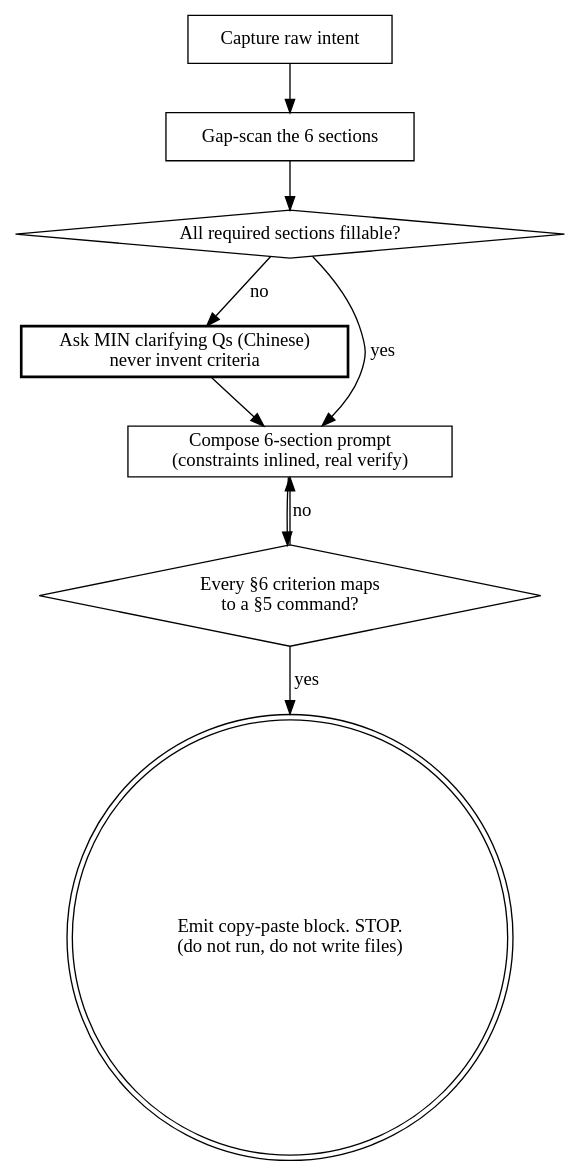
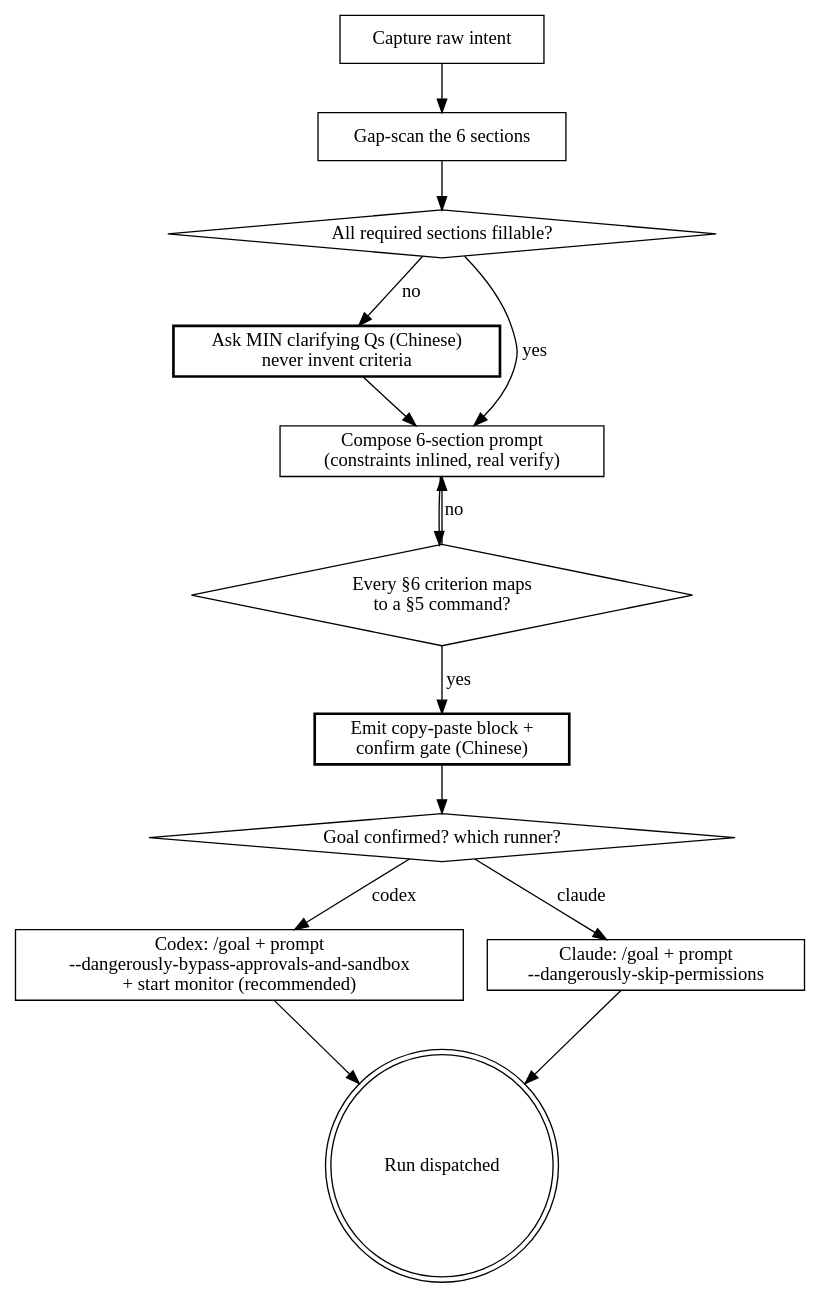
Before and after one commit to waynejing995/wayne-taste: the diagram in wayne-goal-prompt/SKILL.md, drawn with Graphviz. The commit also changed other lines of this file, not shown here.

First line of the commit message:
feat:/wayne-goal-prompt - add confirm gate + runner dispatch (Codex recommended)

````diff
--- a/wayne-goal-prompt/SKILL.md
+++ b/wayne-goal-prompt/SKILL.md
@@ -87,22 +89,31 @@
 ```dot
 digraph goalprompt {
     rankdir=TB;
 
     "Capture raw intent" [shape=box];
     "Gap-scan the 6 sections" [shape=box];
     "All required sections fillable?" [shape=diamond];
     "Ask MIN clarifying Qs (Chinese)\nnever invent criteria" [shape=box, style=bold];
     "Compose 6-section prompt\n(constraints inlined, real verify)" [shape=box];
     "Every §6 criterion maps\nto a §5 command?" [shape=diamond];
-    "Emit copy-paste block. STOP.\n(do not run, do not write files)" [shape=doublecircle];
+    "Emit copy-paste block +\nconfirm gate (Chinese)" [shape=box, style=bold];
+    "Goal confirmed? which runner?" [shape=diamond];
+    "Codex: /goal + prompt\n--dangerously-bypass-approvals-and-sandbox\n+ start monitor (recommended)" [shape=box];
+    "Claude: /goal + prompt\n--dangerously-skip-permissions" [shape=box];
+    "Run dispatched" [shape=doublecircle];
 
     "Capture raw intent" -> "Gap-scan the 6 sections";
     "Gap-scan the 6 sections" -> "All required sections fillable?";
     "All required sections fillable?" -> "Ask MIN clarifying Qs (Chinese)\nnever invent criteria" [label="no"];
     "All required sections fillable?" -> "Compose 6-section prompt\n(constraints inlined, real verify)" [label="yes"];
     "Ask MIN clarifying Qs (Chinese)\nnever invent criteria" -> "Compose 6-section prompt\n(constraints inlined, real verify)";
     "Compose 6-section prompt\n(constraints inlined, real verify)" -> "Every §6 criterion maps\nto a §5 command?";
     "Every §6 criterion maps\nto a §5 command?" -> "Compose 6-section prompt\n(constraints inlined, real verify)" [label="no"];
-    "Every §6 criterion maps\nto a §5 command?" -> "Emit copy-paste block. STOP.\n(do not run, do not write files)" [label="yes"];
+    "Every §6 criterion maps\nto a §5 command?" -> "Emit copy-paste block +\nconfirm gate (Chinese)" [label="yes"];
+    "Emit copy-paste block +\nconfirm gate (Chinese)" -> "Goal confirmed? which runner?";
+    "Goal confirmed? which runner?" -> "Codex: /goal + prompt\n--dangerously-bypass-approvals-and-sandbox\n+ start monitor (recommended)" [label="codex"];
+    "Goal confirmed? which runner?" -> "Claude: /goal + prompt\n--dangerously-skip-permissions" [label="claude"];
+    "Codex: /goal + prompt\n--dangerously-bypass-approvals-and-sandbox\n+ start monitor (recommended)" -> "Run dispatched";
+    "Claude: /goal + prompt\n--dangerously-skip-permissions" -> "Run dispatched";
 }
 ```
````
